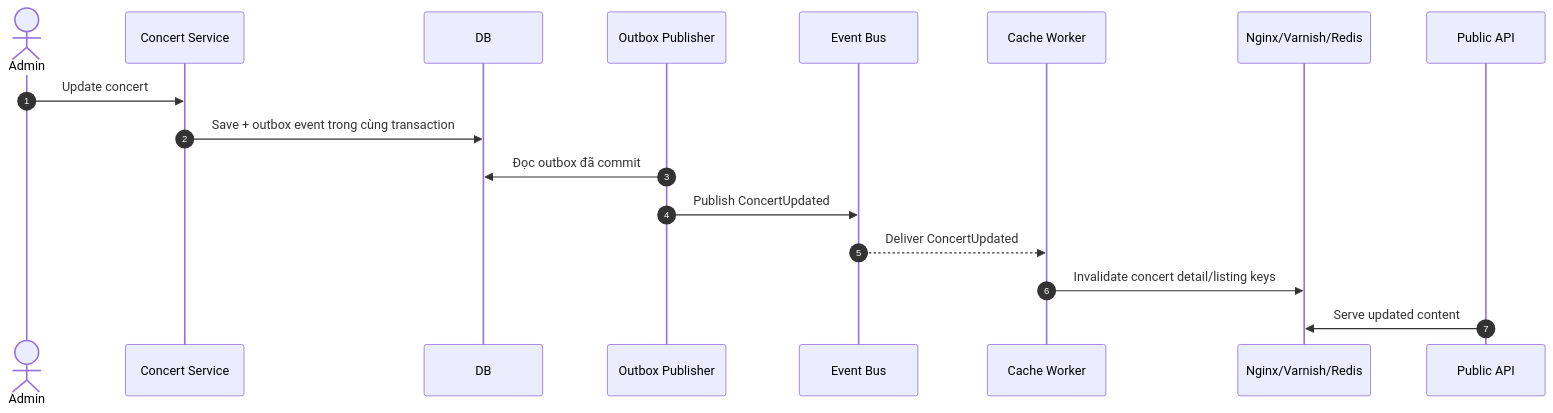
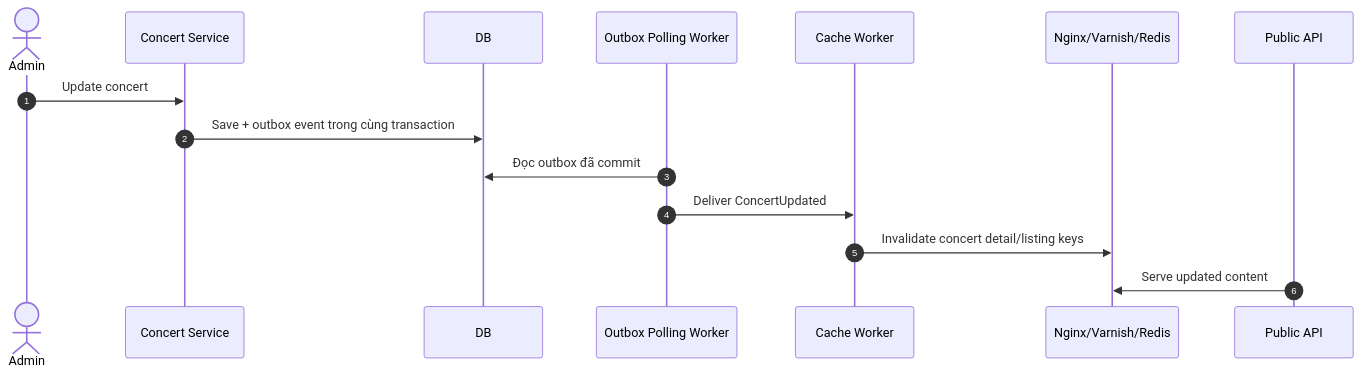
The fourth of 5 diagrams in blueprint/05-business-flows.md (Toanapr/ticket-box), drawn with Mermaid before and after one commit. The commit also changed other lines of this file and 16 other files, not shown here.

````diff
--- a/blueprint/05-business-flows.md
+++ b/blueprint/05-business-flows.md
@@ -134,20 +132,18 @@
 ```mermaid
 sequenceDiagram
     autonumber
     actor Admin as Admin
     participant Concert as Concert Service
     participant DB as DB
-    participant Outbox as Outbox Publisher
-    participant EventBus as Event Bus
+    participant OutboxWorker as Outbox Polling Worker
     participant CacheWorker as Cache Worker
     participant Cache as Nginx/Varnish/Redis
     participant PublicAPI as Public API
 
     Admin->>Concert: Update concert
     Concert->>DB: Save + outbox event trong cùng transaction
-    Outbox->>DB: Đọc outbox đã commit
-    Outbox->>EventBus: Publish ConcertUpdated
-    EventBus-->>CacheWorker: Deliver ConcertUpdated
+    OutboxWorker->>DB: Đọc outbox đã commit
+    OutboxWorker->>CacheWorker: Deliver ConcertUpdated
     CacheWorker->>Cache: Invalidate concert detail/listing keys
     PublicAPI->>Cache: Serve updated content
 ```
````
